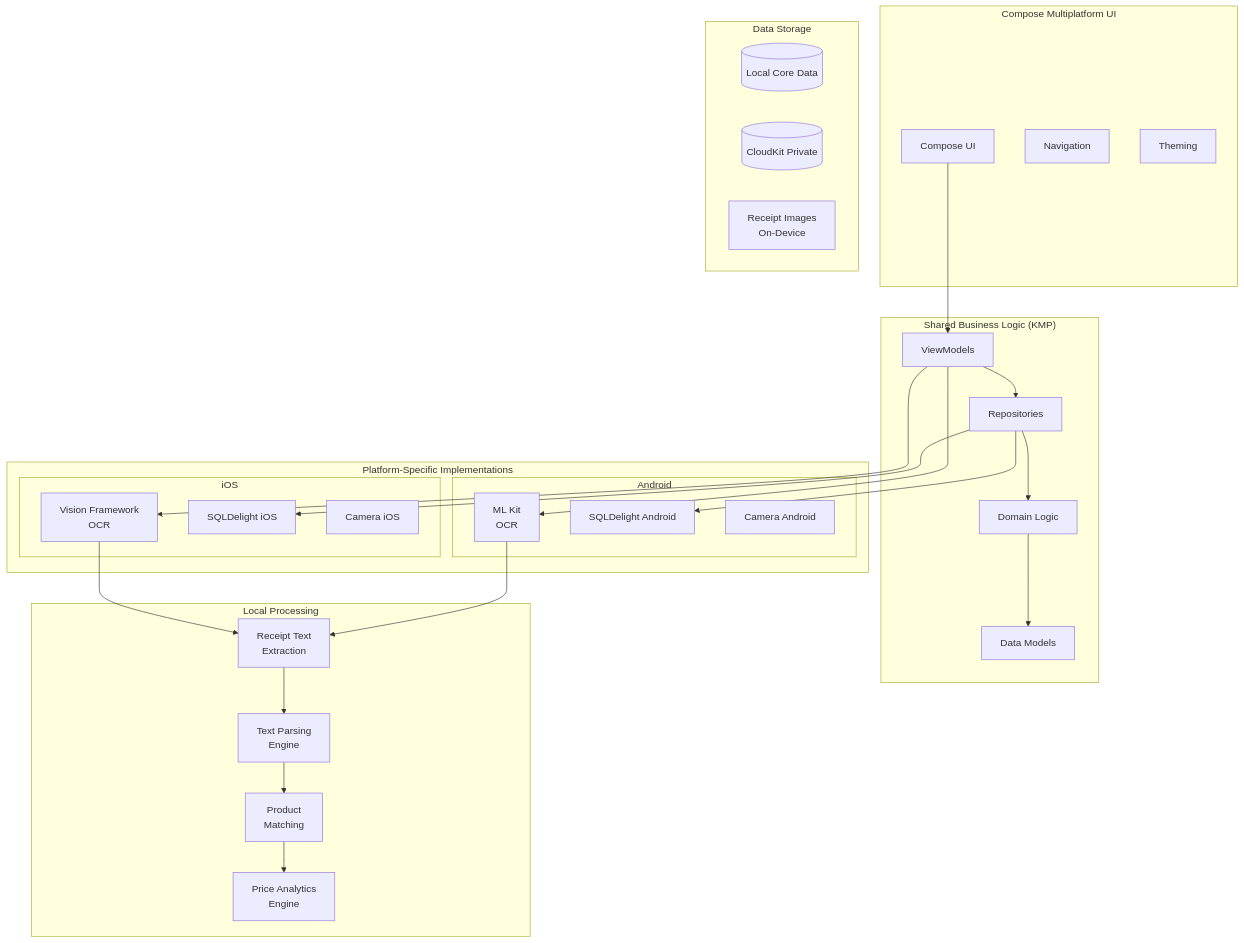
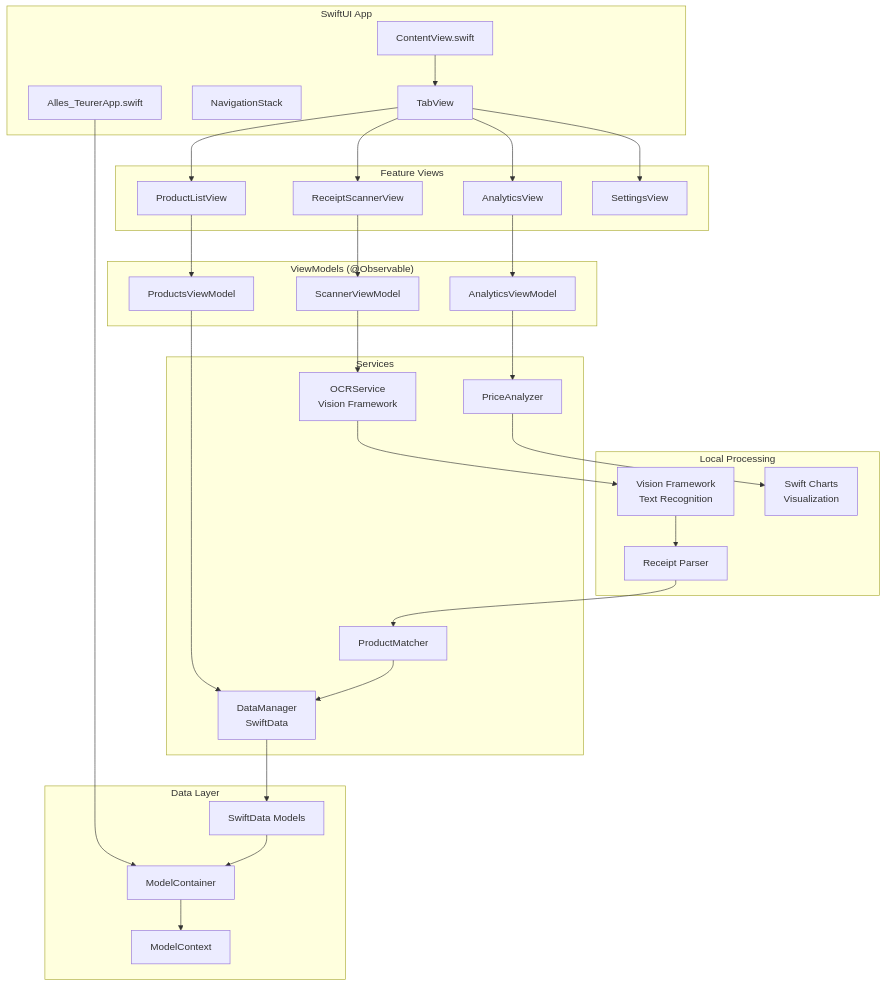
One commit to mpwg/AllesTeurer changed the diagram in spec/architecture.md. Above: the diagram before and after it, drawn with Mermaid. The commit also changed other lines of this file and 33 other files, not shown here.

````diff
--- a/spec/architecture.md
+++ b/spec/architecture.md
@@ -32,58 +20,66 @@
 ```mermaid
 graph TB
-    subgraph "Compose Multiplatform UI"
-        UI[Compose UI]
-        NAV[Navigation]
-        THEME[Theming]
+    subgraph "SwiftUI App"
+        APP[Alles_TeurerApp.swift]
+        MAIN[ContentView.swift]
+        NAV[NavigationStack]
+        TABS[TabView]
     end
 
-    subgraph "Shared Business Logic (KMP)"
-        VM[ViewModels]
-        REPOS[Repositories]
-        DOMAIN[Domain Logic]
-        MODELS[Data Models]
+    subgraph "Feature Views"
+        SCANNER[ReceiptScannerView]
+        PRODUCTS[ProductListView]
+        ANALYTICS[AnalyticsView]
+        SETTINGS[SettingsView]
     end
 
-    subgraph "Platform-Specific Implementations"
-        subgraph "iOS"
-            VISION[Vision Framework<br/>OCR]
-            IOS_DB[SQLDelight iOS]
-            IOS_CAM[Camera iOS]
-        end
+    subgraph "ViewModels (@Observable)"
+        SCAN_VM[ScannerViewModel]
+        PROD_VM[ProductsViewModel]
+        ANAL_VM[AnalyticsViewModel]
+    end
 
-        subgraph "Android"
-            MLKIT[ML Kit<br/>OCR]
-            AND_DB[SQLDelight Android]
-            AND_CAM[Camera Android]
-        end
+    subgraph "Services"
+        OCR[OCRService<br/>Vision Framework]
+        DATA_MGR[DataManager<br/>SwiftData]
+        MATCHER[ProductMatcher]
+        ANALYZER[PriceAnalyzer]
+    end
+
+    subgraph "Data Layer"
+        MODELS[SwiftData Models]
+        CONTAINER[ModelContainer]
+        CONTEXT[ModelContext]
     end
 
     subgraph "Local Processing"
-        OCR[Receipt Text<br/>Extraction]
-        PARSER[Text Parsing<br/>Engine]
-        MATCHER[Product<br/>Matching]
-        ANALYTICS[Price Analytics<br/>Engine]
+        VISION[Vision Framework<br/>Text Recognition]
+        PARSER[Receipt Parser]
+        CHARTS[Swift Charts<br/>Visualization]
     end
 
-    subgraph "Data Storage"
-        LOCAL[(Local Core Data)]
-        CLOUD[(CloudKit Private)]
-        IMAGES[Receipt Images<br/>On-Device]
-    end
+    APP --> CONTAINER
+    MAIN --> TABS
+    TABS --> SCANNER
+    TABS --> PRODUCTS
+    TABS --> ANALYTICS
+    TABS --> SETTINGS
 
-    UI --> VM
-    VM --> REPOS
-    REPOS --> DOMAIN
-    DOMAIN --> MODELS
+    SCANNER --> SCAN_VM
+    PRODUCTS --> PROD_VM
+    ANALYTICS --> ANAL_VM
 
-    VM --> VISION
-    VM --> MLKIT
-    REPOS --> IOS_DB
-    REPOS --> AND_DB
+    SCAN_VM --> OCR
+    PROD_VM --> DATA_MGR
+    ANAL_VM --> ANALYZER
 
-    VISION --> OCR
-    MLKIT --> OCR
-    OCR --> PARSER
+    OCR --> VISION
+    DATA_MGR --> MODELS
+    MODELS --> CONTAINER
+    CONTAINER --> CONTEXT
+
+    VISION --> PARSER
     PARSER --> MATCHER
-    MATCHER --> ANALYTICS
+    MATCHER --> DATA_MGR
+    ANALYZER --> CHARTS
 ```
````
